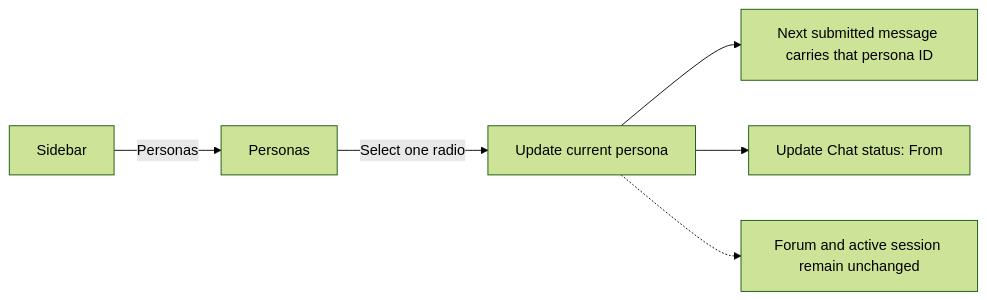
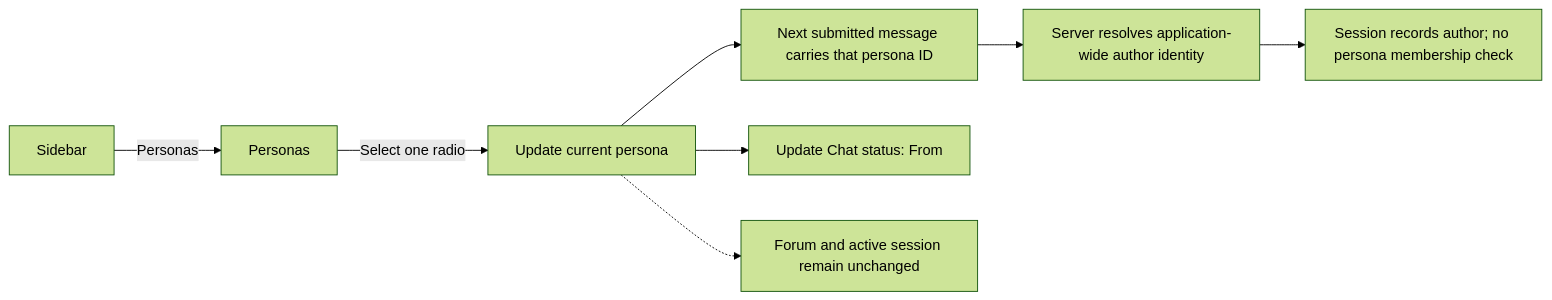
One commit to michaelpopov/cha changed the fourth of 5 diagrams in docs/web-ui/flows.md. Above: the diagram before and after it, drawn with Mermaid (forest theme). The commit also changed other lines of this file and 19 other files, not shown here.

````diff
--- a/docs/web-ui/flows.md
+++ b/docs/web-ui/flows.md
@@ -54,8 +52,10 @@
 ```mermaid
 flowchart LR
     Sidebar["Sidebar"] -->|"Personas"| Personas["Personas"]
     Personas -->|"Select one radio"| Current["Update current persona"]
     Current --> Next["Next submitted message carries that persona ID"]
+    Next --> Resolve["Server resolves application-wide author identity"]
+    Resolve --> Session["Session records author; no persona membership check"]
     Current --> Status["Update Chat status: From"]
     Current -.-> Unchanged["Forum and active session remain unchanged"]
 ```
````
